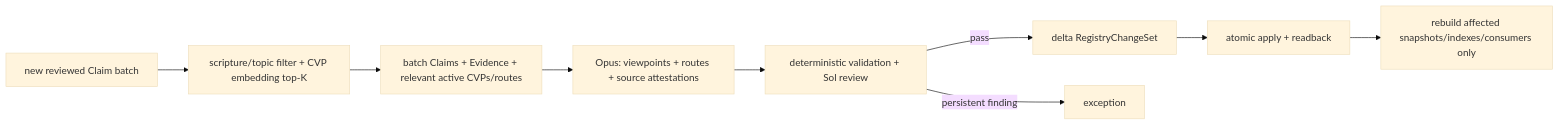
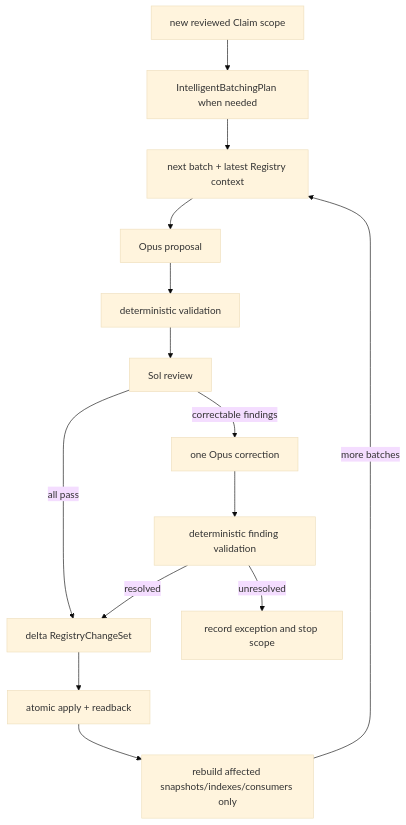
The sixth of 7 diagrams in docs/wang-knowledge-platform/canonical_viewpoint_registry_design_v1.md (junyang168/smart-answer), drawn with Mermaid (base theme) before and after one commit. The commit also changed other lines of this file, not shown here.

Commit message:
docs(wang): define intelligent batching transactions

````diff
--- a/docs/wang-knowledge-platform/canonical_viewpoint_registry_design_v1.md
+++ b/docs/wang-knowledge-platform/canonical_viewpoint_registry_design_v1.md
@@ -1660,11 +1684,16 @@
 ```mermaid
-flowchart LR
-    S["new reviewed Claim batch"] --> Q["scripture/topic filter + CVP embedding top-K"]
-    Q --> K["batch Claims + Evidence + relevant active CVPs/routes"]
-    K --> P["Opus: viewpoints + routes + source attestations"]
-    P --> V["deterministic validation + Sol review"]
-    V -->|"pass"| C["delta RegistryChangeSet"]
-    V -->|"persistent finding"| X["exception"]
+flowchart TD
+    S["new reviewed Claim scope"] --> B["IntelligentBatchingPlan when needed"]
+    B --> N["next batch + latest Registry context"]
+    N --> P["Opus proposal"]
+    P --> V["deterministic validation"]
+    V --> R["Sol review"]
+    R -->|"all pass"| C["delta RegistryChangeSet"]
+    R -->|"correctable findings"| F["one Opus correction"]
+    F --> D["deterministic finding validation"]
+    D -->|"resolved"| C
+    D -->|"unresolved"| X["record exception and stop scope"]
     C --> A["atomic apply + readback"]
     A --> I["rebuild affected snapshots/indexes/consumers only"]
+    I -->|"more batches"| N
 ```
````
